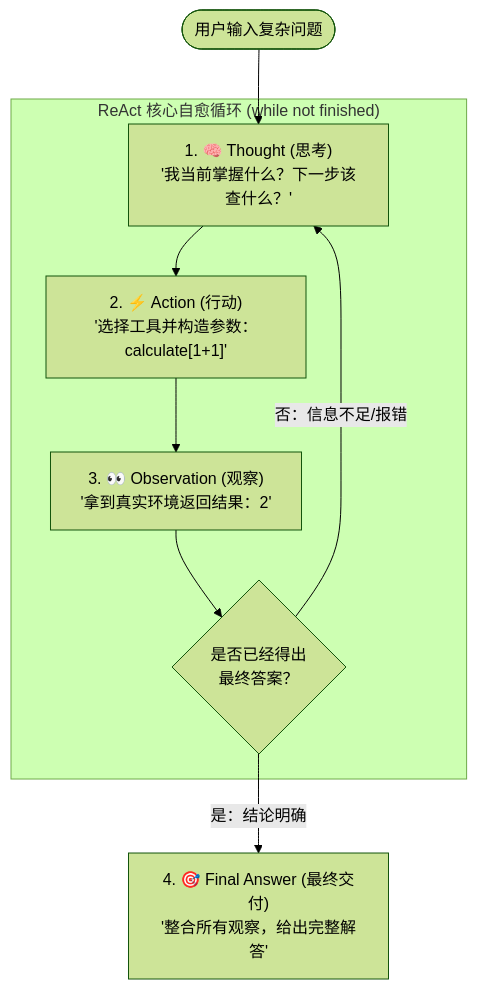
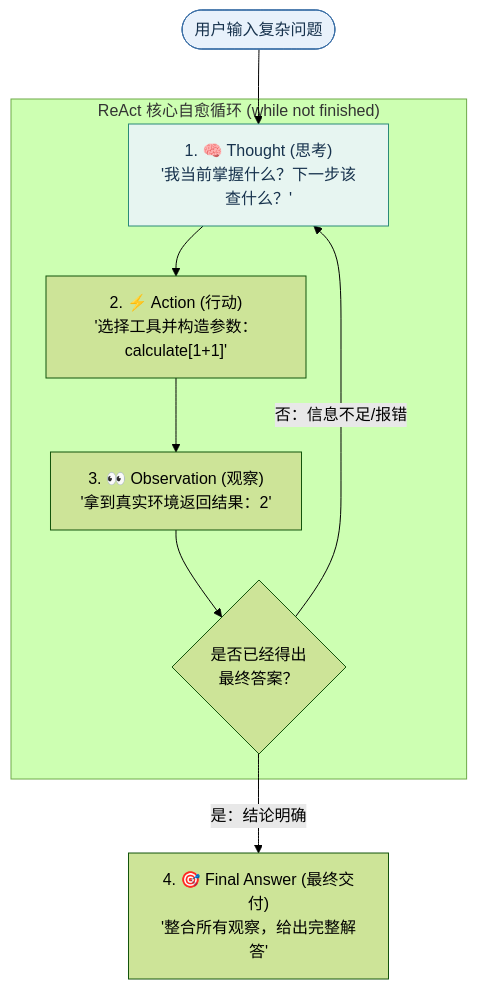
One commit to buffer121328/vibe-coding-and-agents changed the diagram in 08_手搓Agent/img/diagrams/02-diagram-01.mmd. Above: the diagram before and after it, drawn with Mermaid (forest theme). The commit also changed 105 other files, not shown here.

```diff
--- a/08_手搓Agent/img/diagrams/02-diagram-01.mmd
+++ b/08_手搓Agent/img/diagrams/02-diagram-01.mmd
@@ -1,13 +1,17 @@
 flowchart TD
 
     Start(["用户输入复杂问题"]) --> LoopStart
 
     subgraph Loop ["ReAct 核心自愈循环 (while not finished)"]
         LoopStart["1. 🧠 Thought (思考)\n'我当前掌握什么？下一步该查什么？'"]
         LoopStart --> Action["2. ⚡ Action (行动)\n'选择工具并构造参数：calculate[1+1]'"]
         Action --> Obs["3. 👀 Observation (观察)\n'拿到真实环境返回结果：2'"]
         Obs --> Check{"是否已经得出\n最终答案？"}
         Check -- 否：信息不足/报错 --> LoopStart
     end
 
     Check -- 是：结论明确 --> Finish["4. 🎯 Final Answer (最终交付)\n'整合所有观察，给出完整解答'"]
+
+%% Academic palette: restrained blue, teal, gold, violet, and coral accents.
+style Start fill:#E8F1FB,stroke:#3A6EA5,color:#17324D
+style LoopStart fill:#E7F5F1,stroke:#2B8A78,color:#17324D
```
